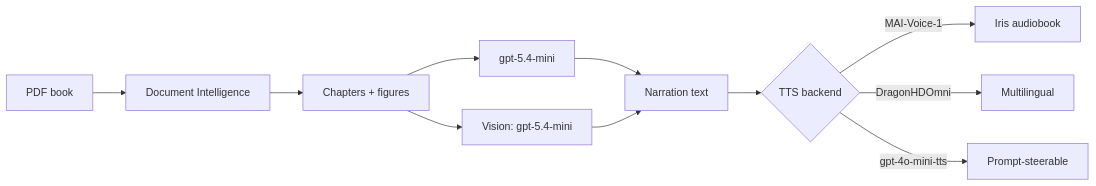
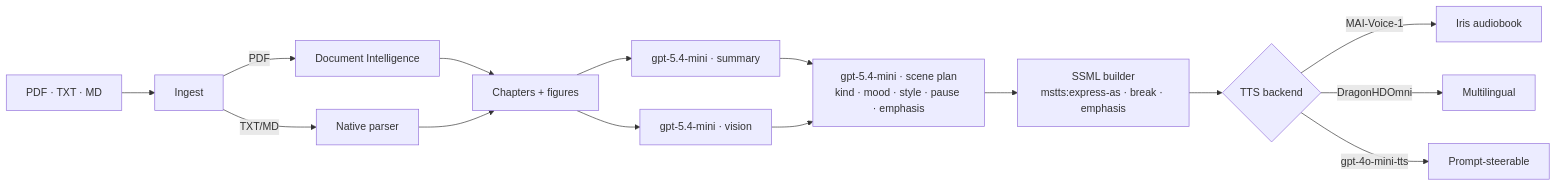
One commit to olivMertens/HearThat changed the diagram in README.md. Above: the diagram before and after it, drawn with Mermaid. The commit also changed other lines of this file, not shown here.

Commit message:
docs: document multi-format ingest, scene-aware narration, live progress, dev-mode keys

````diff
--- a/README.md
+++ b/README.md
@@ -94,13 +115,17 @@
 ```mermaid
 flowchart LR
-    PDF[PDF book] --> DI[Document Intelligence]
+    SRC[PDF · TXT · MD] --> ING[Ingest]
+    ING -->|PDF| DI[Document Intelligence]
+    ING -->|TXT/MD| TXT[Native parser]
     DI --> CH[Chapters + figures]
-    CH --> SUM[gpt-5.4-mini]
-    CH --> VIS[Vision: gpt-5.4-mini]
-    SUM --> NAR[Narration text]
-    VIS --> NAR
-    NAR --> TTS{TTS backend}
+    TXT --> CH
+    CH --> SUM[gpt-5.4-mini · summary]
+    CH --> VIS[gpt-5.4-mini · vision]
+    SUM --> SCENE[gpt-5.4-mini · scene plan<br/>kind · mood · style · pause · emphasis]
+    VIS --> SCENE
+    SCENE --> SSML[SSML builder<br/>mstts:express-as · break · emphasis]
+    SSML --> TTS{TTS backend}
     TTS -->|MAI-Voice-1| MAI[Iris audiobook]
     TTS -->|DragonHDOmni| HD[Multilingual]
     TTS -->|gpt-4o-mini-tts| OAI[Prompt-steerable]
 ```
````
